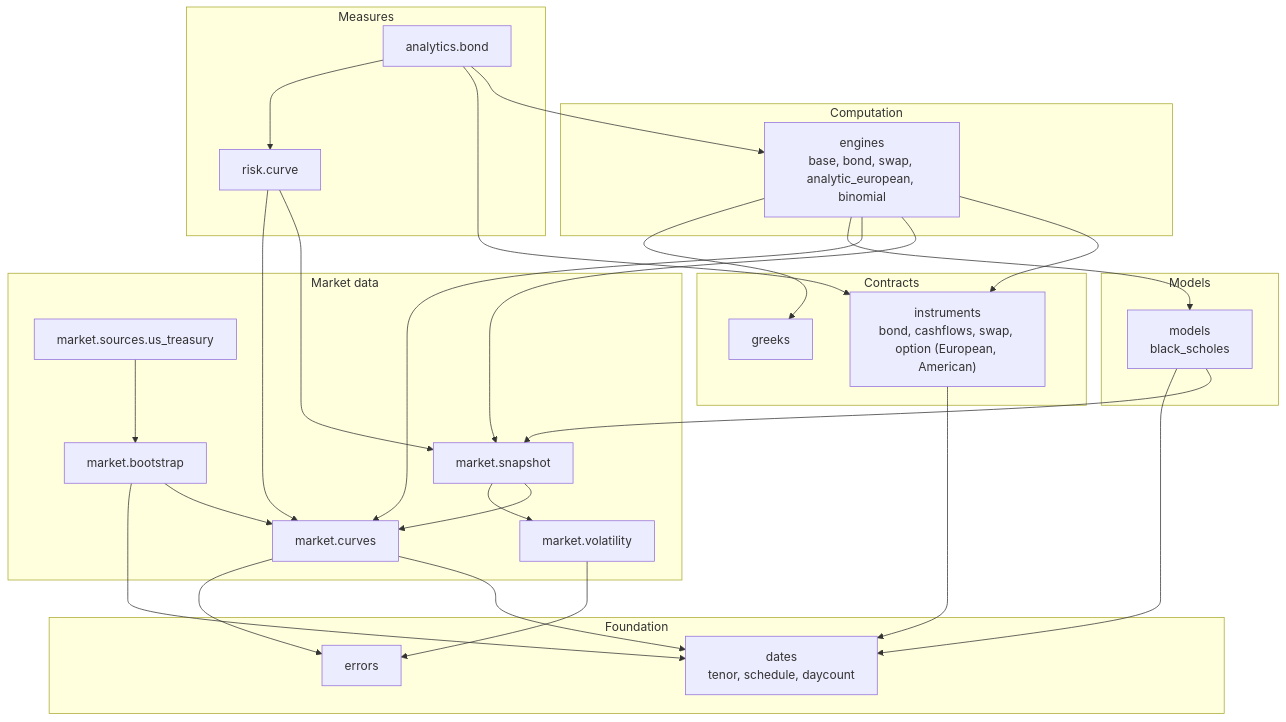
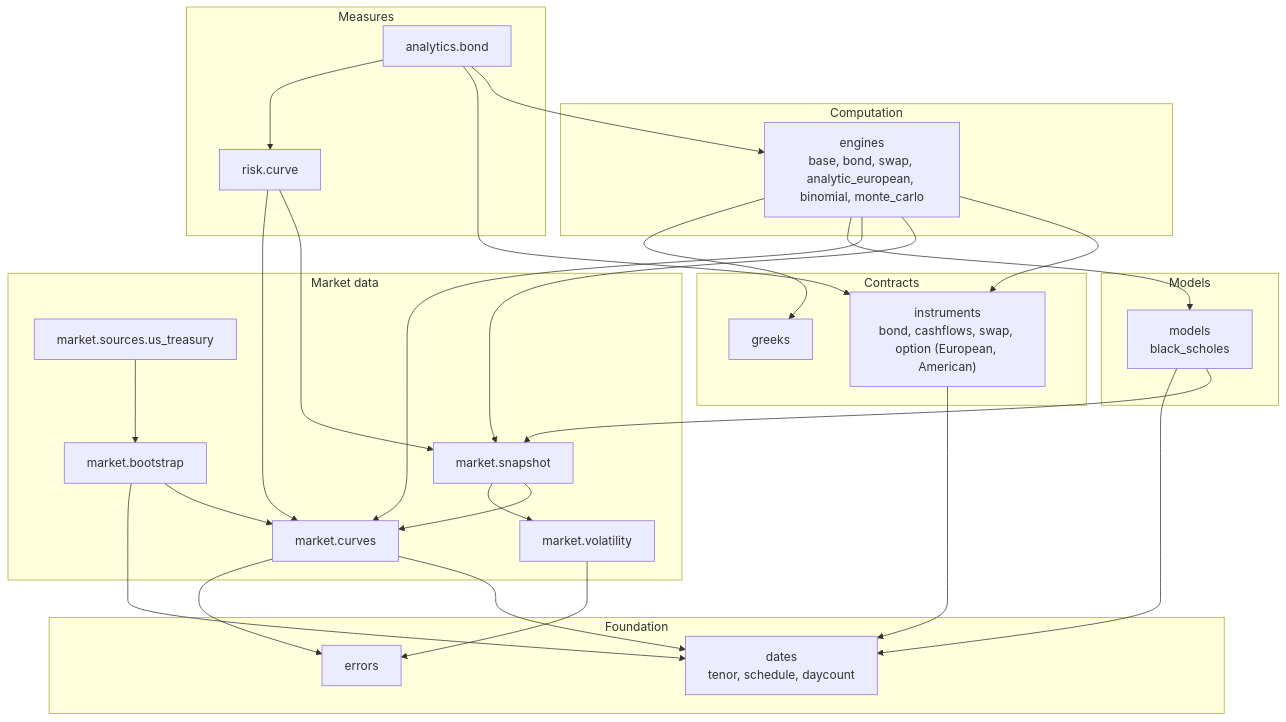
Before and after one commit to Djewiet/pricing-risk-engine: the second of 2 diagrams in docs/architecture/index.md, drawn with Mermaid. The commit also changed 14 other files, not shown here.

````diff
--- a/docs/architecture/index.md
+++ b/docs/architecture/index.md
@@ -46,39 +46,39 @@
 ```mermaid
 flowchart TB
     subgraph L0["Foundation"]
         errors["errors"]
         dates["dates<br/>tenor, schedule, daycount"]
     end
     subgraph L1["Market data"]
         curves["market.curves"]
         vol["market.volatility"]
         boot["market.bootstrap"]
         snap["market.snapshot"]
         tsy["market.sources.us_treasury"]
     end
     subgraph L2["Contracts"]
         instr["instruments<br/>bond, cashflows, swap, option (European, American)"]
         greeks["greeks"]
     end
     subgraph LM["Models"]
         models["models<br/>black_scholes"]
     end
     subgraph L3["Computation"]
-        eng["engines<br/>base, bond, swap, analytic_european, binomial"]
+        eng["engines<br/>base, bond, swap, analytic_european, binomial, monte_carlo"]
     end
     subgraph L4["Measures"]
         risk["risk.curve"]
         ana["analytics.bond"]
     end
 
     curves --> dates & errors
     vol --> errors
     boot --> curves & dates
     snap --> curves & vol
     tsy --> boot
     instr --> dates
     models --> snap & dates
     eng --> instr & snap & curves & models & greeks
     risk --> snap & curves
     ana --> eng & instr & risk
 ```
````
